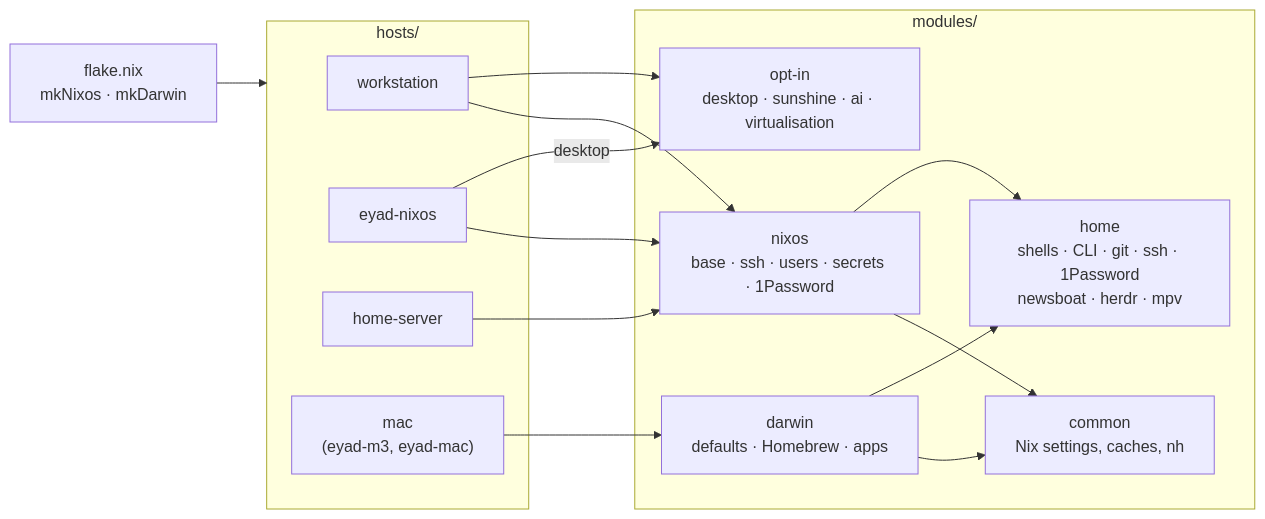
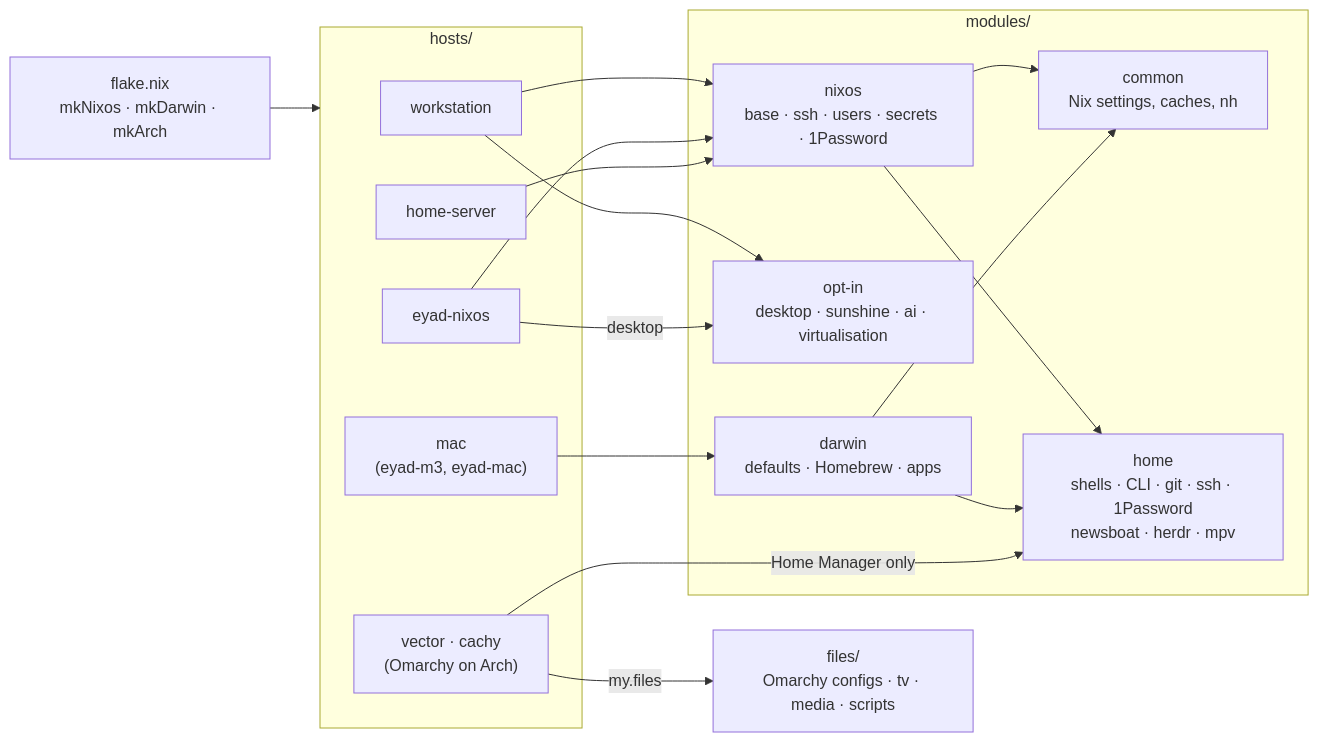
The diagram in README.md (eyadsibai/dotfiles), drawn with Mermaid before and after one commit. The commit also changed other lines of this file, not shown here.

First line of the commit message:
README: put the Arch machines in the diagram; how to set one up

````diff
--- a/README.md
+++ b/README.md
@@ -43,27 +43,32 @@
 ```mermaid
 flowchart LR
-  flake["flake.nix<br/>mkNixos · mkDarwin"]
+  flake["flake.nix<br/>mkNixos · mkDarwin · mkArch"]
 
   subgraph hosts["hosts/"]
     ws[workstation]
     lap[eyad-nixos]
     srv[home-server]
     mac["mac<br/>(eyad-m3, eyad-mac)"]
+    arch["vector · cachy<br/>(Omarchy on Arch)"]
   end
 
   subgraph modules["modules/"]
     common["common<br/>Nix settings, caches, nh"]
     nixos["nixos<br/>base · ssh · users · secrets · 1Password"]
     optin["opt-in<br/>desktop · sunshine · ai · virtualisation"]
     darwin["darwin<br/>defaults · Homebrew · apps"]
     home["home<br/>shells · CLI · git · ssh · 1Password<br/>newsboat · herdr · mpv"]
   end
 
+  files["files/<br/>Omarchy configs · tv · media · scripts"]
+
   flake --> hosts
   ws & lap & srv --> nixos
   ws --> optin
   lap -->|desktop| optin
   mac --> darwin
   nixos & darwin --> common
   nixos & darwin --> home
+  arch -->|Home Manager only| home
+  arch -->|my.files| files
 ```
````
